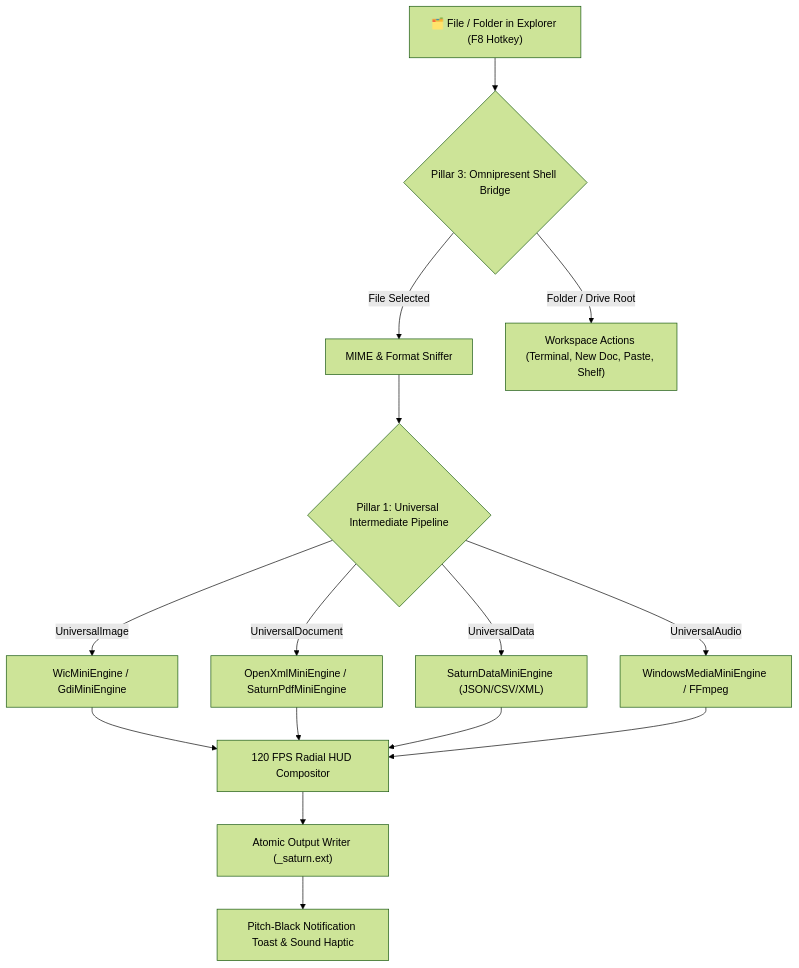
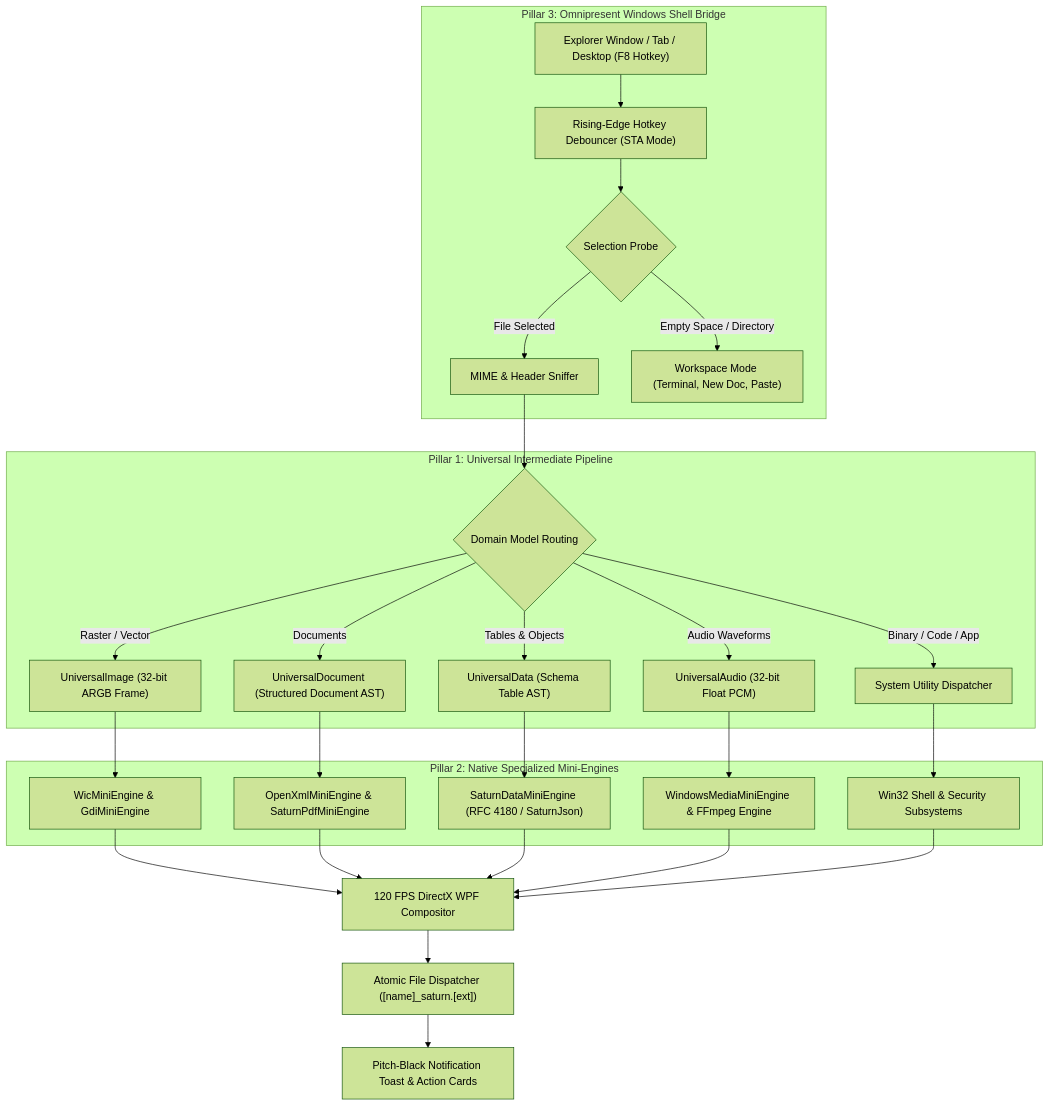
Before and after one commit to DaivikOPX/Orbit: the diagram in README.md, drawn with Mermaid (forest theme). The commit also changed other lines of this file, not shown here.

Commit message:
docs: overhaul README with domain-aware file taxonomy, ASCII HUD diagrams, and test suite matrix

````diff
--- a/README.md
+++ b/README.md
@@ -118,16 +101,30 @@
 ```mermaid
 flowchart TD
-    A["🗂️ File / Folder in Explorer (F8 Hotkey)"] --> B{"Pillar 3: Omnipresent Shell Bridge"}
-    B -->|File Selected| C["MIME & Format Sniffer"]
-    B -->|Folder / Drive Root| D["Workspace Actions (Terminal, New Doc, Paste, Shelf)"]
-    
-    C --> E{"Pillar 1: Universal Intermediate Pipeline"}
-    E -->|UniversalImage| F["WicMiniEngine / GdiMiniEngine"]
-    E -->|UniversalDocument| G["OpenXmlMiniEngine / SaturnPdfMiniEngine"]
-    E -->|UniversalData| H["SaturnDataMiniEngine (JSON/CSV/XML)"]
-    E -->|UniversalAudio| I["WindowsMediaMiniEngine / FFmpeg"]
-    
-    F & G & H & I --> J["120 FPS Radial HUD Compositor"]
-    J --> K["Atomic Output Writer (_saturn.ext)"]
-    K --> L["Pitch-Black Notification Toast & Sound Haptic"]
+    subgraph P3["Pillar 3: Omnipresent Windows Shell Bridge"]
+        A["Explorer Window / Tab / Desktop (F8 Hotkey)"] --> B["Rising-Edge Hotkey Debouncer (STA Mode)"]
+        B --> C{"Selection Probe"}
+        C -->|File Selected| D["MIME & Header Sniffer"]
+        C -->|Empty Space / Directory| E["Workspace Mode (Terminal, New Doc, Paste)"]
+    end
+
+    subgraph P1["Pillar 1: Universal Intermediate Pipeline"]
+        D --> F{"Domain Model Routing"}
+        F -->|Raster / Vector| G["UniversalImage (32-bit ARGB Frame)"]
+        F -->|Documents| H["UniversalDocument (Structured Document AST)"]
+        F -->|Tables & Objects| I["UniversalData (Schema Table AST)"]
+        F -->|Audio Waveforms| J["UniversalAudio (32-bit Float PCM)"]
+        F -->|Binary / Code / App| K["System Utility Dispatcher"]
+    end
+
+    subgraph P2["Pillar 2: Native Specialized Mini-Engines"]
+        G --> L["WicMiniEngine & GdiMiniEngine"]
+        H --> M["OpenXmlMiniEngine & SaturnPdfMiniEngine"]
+        I --> N["SaturnDataMiniEngine (RFC 4180 / SaturnJson)"]
+        J --> O["WindowsMediaMiniEngine & FFmpeg Engine"]
+        K --> P["Win32 Shell & Security Subsystems"]
+    end
+
+    L & M & N & O & P --> Q["120 FPS DirectX WPF Compositor"]
+    Q --> R["Atomic File Dispatcher ([name]_saturn.[ext])"]
+    R --> S["Pitch-Black Notification Toast & Action Cards"]
 ```
````
